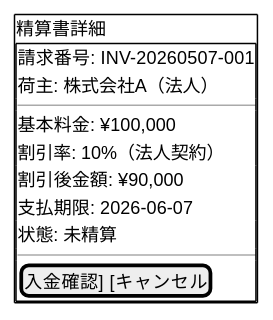
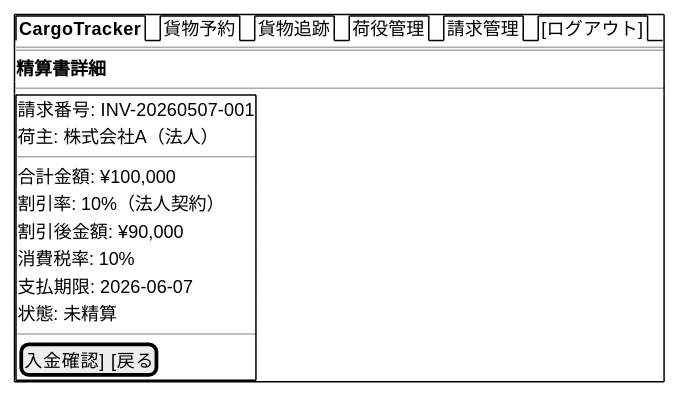
Before and after one commit to k2works/case-study-cargo-tracker: the sixth of 7 diagrams in docs/development/iteration_plan-6.md, drawn with PlantUML. The commit also changed other lines of this file, not shown here.

````diff
--- a/docs/development/iteration_plan-6.md
+++ b/docs/development/iteration_plan-6.md
@@ -299,19 +335,23 @@
 ```plantuml
 @startsalt
 {+
-  精算書詳細
+  {/ <b>CargoTracker</b> | 貨物予約 | 貨物追跡 | 荷役管理 | 請求管理 | [ログアウト] }
+  ==
+  **精算書詳細**
+  ----
   {+
     請求番号: INV-20260507-001
     荷主: 株式会社A（法人）
     ---------------------
-    基本料金: ¥100,000
+    合計金額: ¥100,000
     割引率: 10%（法人契約）
     割引後金額: ¥90,000
+    消費税率: 10%
     支払期限: 2026-06-07
     状態: 未精算
     ---------------------
-    [入金確認]  [キャンセル]
+    [入金確認]  [戻る]
   }
 }
 @endsalt
 ```
````
